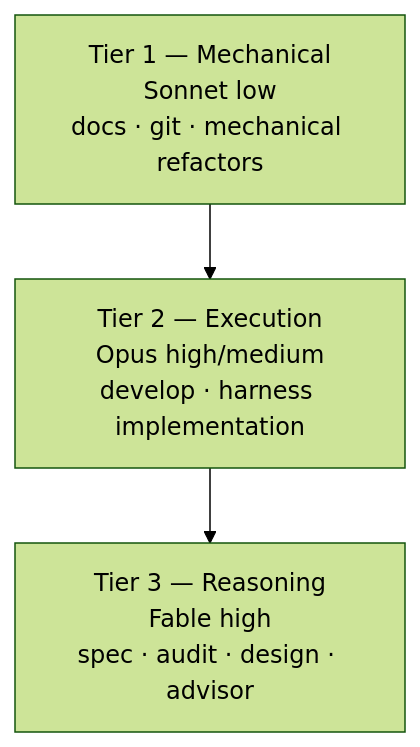
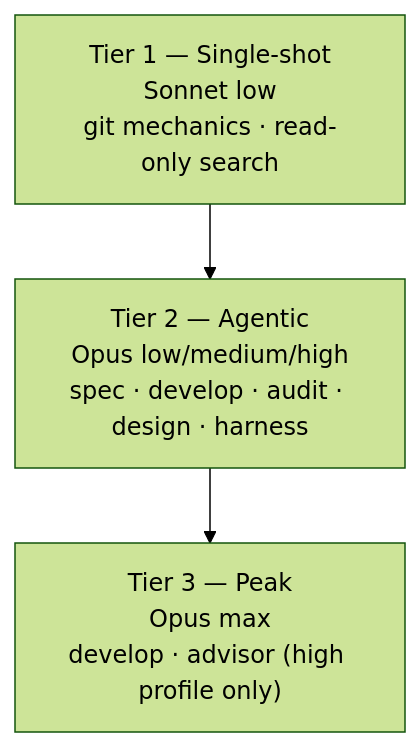
Before and after one commit to modu-ai/moai-adk: the diagram in docs-site/content/en/advanced/no-haiku-3tier.md, drawn with Mermaid (forest theme). The commit also changed other lines of this file and 56 other files, not shown here.

````diff
--- a/docs-site/content/en/advanced/no-haiku-3tier.md
+++ b/docs-site/content/en/advanced/no-haiku-3tier.md
@@ -27,8 +40,8 @@
 ```mermaid
 flowchart TD
-    T1["Tier 1 — Mechanical<br/>Sonnet low<br/>docs · git · mechanical refactors"]
-    T2["Tier 2 — Execution<br/>Opus high/medium<br/>develop · harness implementation"]
-    T3["Tier 3 — Reasoning<br/>Fable high<br/>spec · audit · design · advisor"]
+    T1["Tier 1 — Single-shot<br/>Sonnet low<br/>git mechanics · read-only search"]
+    T2["Tier 2 — Agentic<br/>Opus low/medium/high<br/>spec · develop · audit · design · harness"]
+    T3["Tier 3 — Peak<br/>Opus max<br/>develop · advisor (high profile only)"]
 
     T1 --> T2 --> T3
 ```
````
